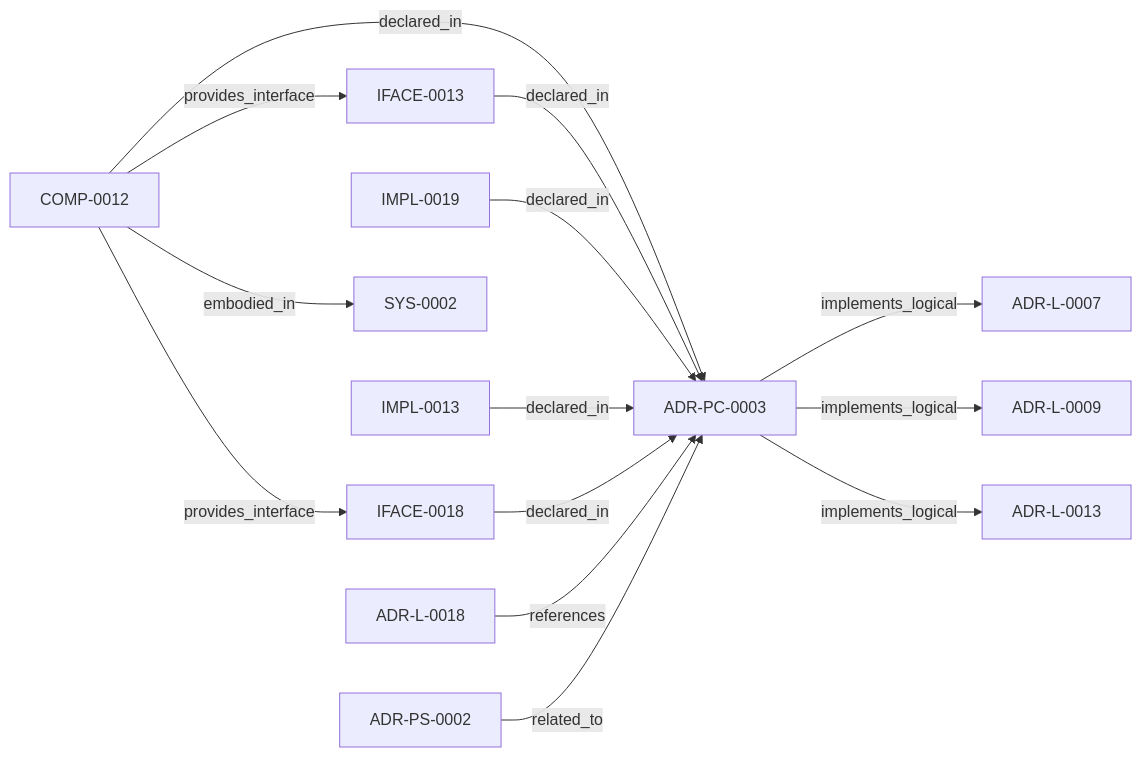
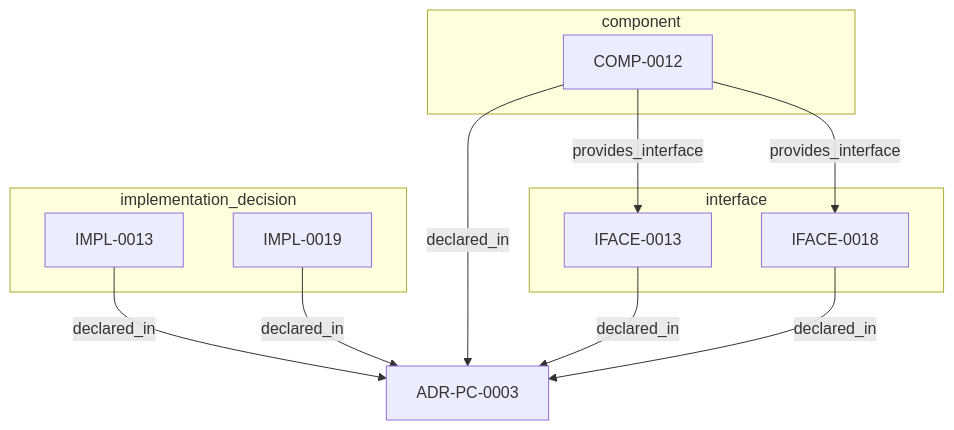
The third of 3 diagrams in adrs/adr-projection/physical-component/ADR-PC-0003-compiler-pipeline-and-driver.md (egallmann/adr-architecture-kit), drawn with Mermaid before and after one commit. The commit also changed other lines of this file and 177 other files, not shown here.

````diff
--- a/adrs/adr-projection/physical-component/ADR-PC-0003-compiler-pipeline-and-driver.md
+++ b/adrs/adr-projection/physical-component/ADR-PC-0003-compiler-pipeline-and-driver.md
@@ -54,28 +160,22 @@
 ```mermaid
-flowchart LR
-  n_019fee89_e615_7b9c_8e3f_32ceeda01491["ADR-L-0007"]
-  n_019fee89_e616_770c_a025_2c241a720730["ADR-L-0009"]
-  n_019fee89_e616_7c4e_953c_b7349412a784["ADR-L-0013"]
-  n_019fee89_e617_76ad_9336_b3615a6e4bde["COMP-0012"]
-  n_019fee89_e617_779d_a12e_7713d58fbc21["IFACE-0013"]
-  n_019fee89_e617_7f4d_811d_4862645a55c5["ADR-L-0018"]
-  n_019fee89_e618_7113_9b36_4437b97cd744["IMPL-0019"]
-  n_019fee89_e618_713e_a017_5b417ef9ac9f["SYS-0002"]
+flowchart TB
   n_019fee89_e618_7b76_843f_cfe21ceb2ea6["ADR-PC-0003"]
-  n_019fee89_e618_7c0b_852f_c6d7f5b57322["IMPL-0013"]
-  n_019fee89_e618_7d04_9337_4aa2d3258507["ADR-PS-0002"]
-  n_019fee89_e618_7e7b_813b_2a48de1d809a["IFACE-0018"]
+  subgraph sg_component["component"]
+    n_019fee89_e617_76ad_9336_b3615a6e4bde["COMP-0012"]
+  end
+  subgraph sg_interface["interface"]
+    n_019fee89_e617_779d_a12e_7713d58fbc21["IFACE-0013"]
+    n_019fee89_e618_7e7b_813b_2a48de1d809a["IFACE-0018"]
+  end
+  subgraph sg_implementation_decision["implementation_decision"]
+    n_019fee89_e618_7c0b_852f_c6d7f5b57322["IMPL-0013"]
+    n_019fee89_e618_7113_9b36_4437b97cd744["IMPL-0019"]
+  end
   n_019fee89_e617_76ad_9336_b3615a6e4bde -->|"declared_in"| n_019fee89_e618_7b76_843f_cfe21ceb2ea6
   n_019fee89_e617_779d_a12e_7713d58fbc21 -->|"declared_in"| n_019fee89_e618_7b76_843f_cfe21ceb2ea6
   n_019fee89_e618_7113_9b36_4437b97cd744 -->|"declared_in"| n_019fee89_e618_7b76_843f_cfe21ceb2ea6
   n_019fee89_e618_7c0b_852f_c6d7f5b57322 -->|"declared_in"| n_019fee89_e618_7b76_843f_cfe21ceb2ea6
   n_019fee89_e618_7e7b_813b_2a48de1d809a -->|"declared_in"| n_019fee89_e618_7b76_843f_cfe21ceb2ea6
-  n_019fee89_e617_76ad_9336_b3615a6e4bde -->|"embodied_in"| n_019fee89_e618_713e_a017_5b417ef9ac9f
-  n_019fee89_e618_7b76_843f_cfe21ceb2ea6 -->|"implements_logical"| n_019fee89_e615_7b9c_8e3f_32ceeda01491
-  n_019fee89_e618_7b76_843f_cfe21ceb2ea6 -->|"implements_logical"| n_019fee89_e616_770c_a025_2c241a720730
-  n_019fee89_e618_7b76_843f_cfe21ceb2ea6 -->|"implements_logical"| n_019fee89_e616_7c4e_953c_b7349412a784
   n_019fee89_e617_76ad_9336_b3615a6e4bde -->|"provides_interface"| n_019fee89_e617_779d_a12e_7713d58fbc21
   n_019fee89_e617_76ad_9336_b3615a6e4bde -->|"provides_interface"| n_019fee89_e618_7e7b_813b_2a48de1d809a
-  n_019fee89_e617_7f4d_811d_4862645a55c5 -->|"references"| n_019fee89_e618_7b76_843f_cfe21ceb2ea6
-  n_019fee89_e618_7d04_9337_4aa2d3258507 -->|"related_to"| n_019fee89_e618_7b76_843f_cfe21ceb2ea6
 ```
````
